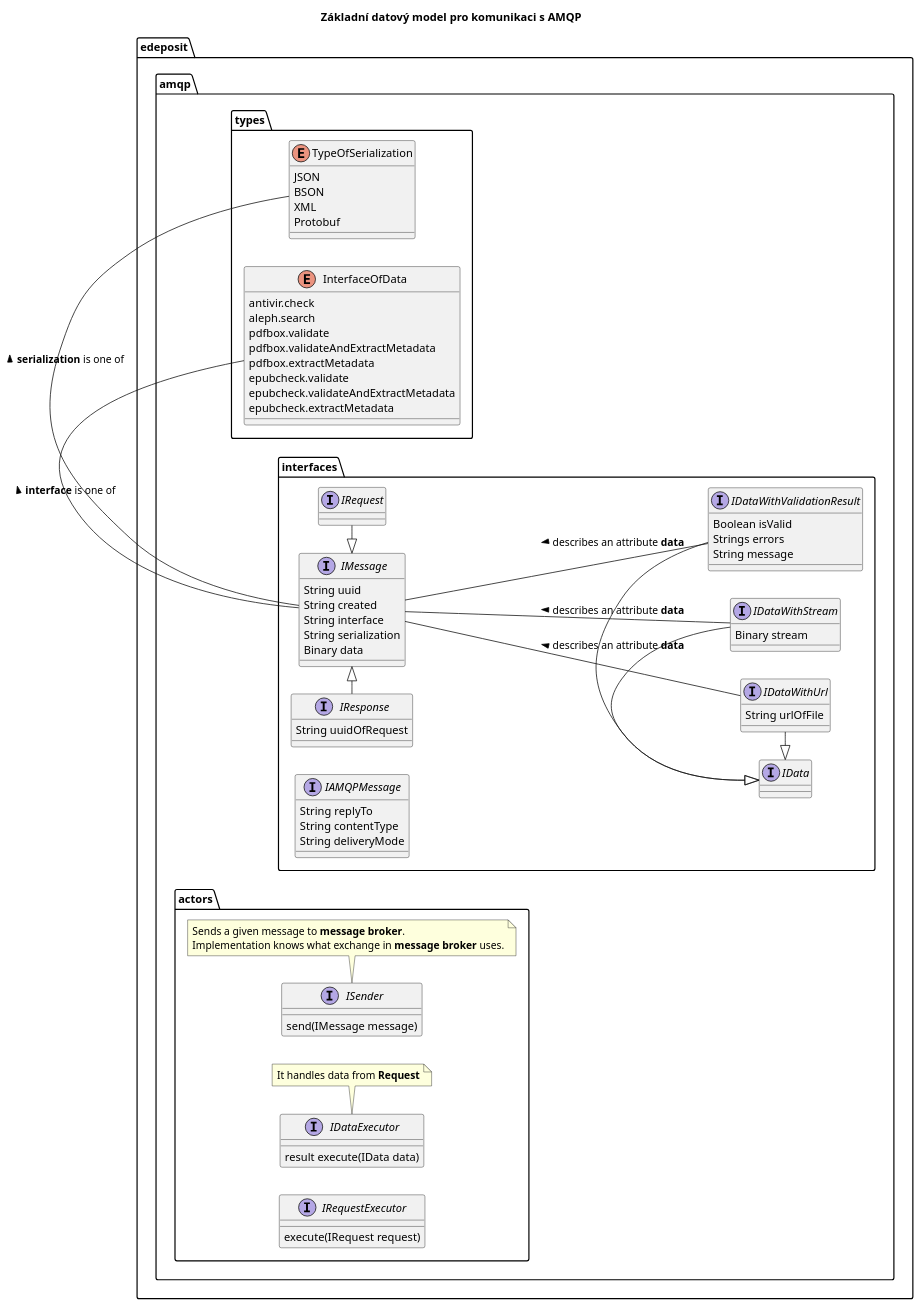
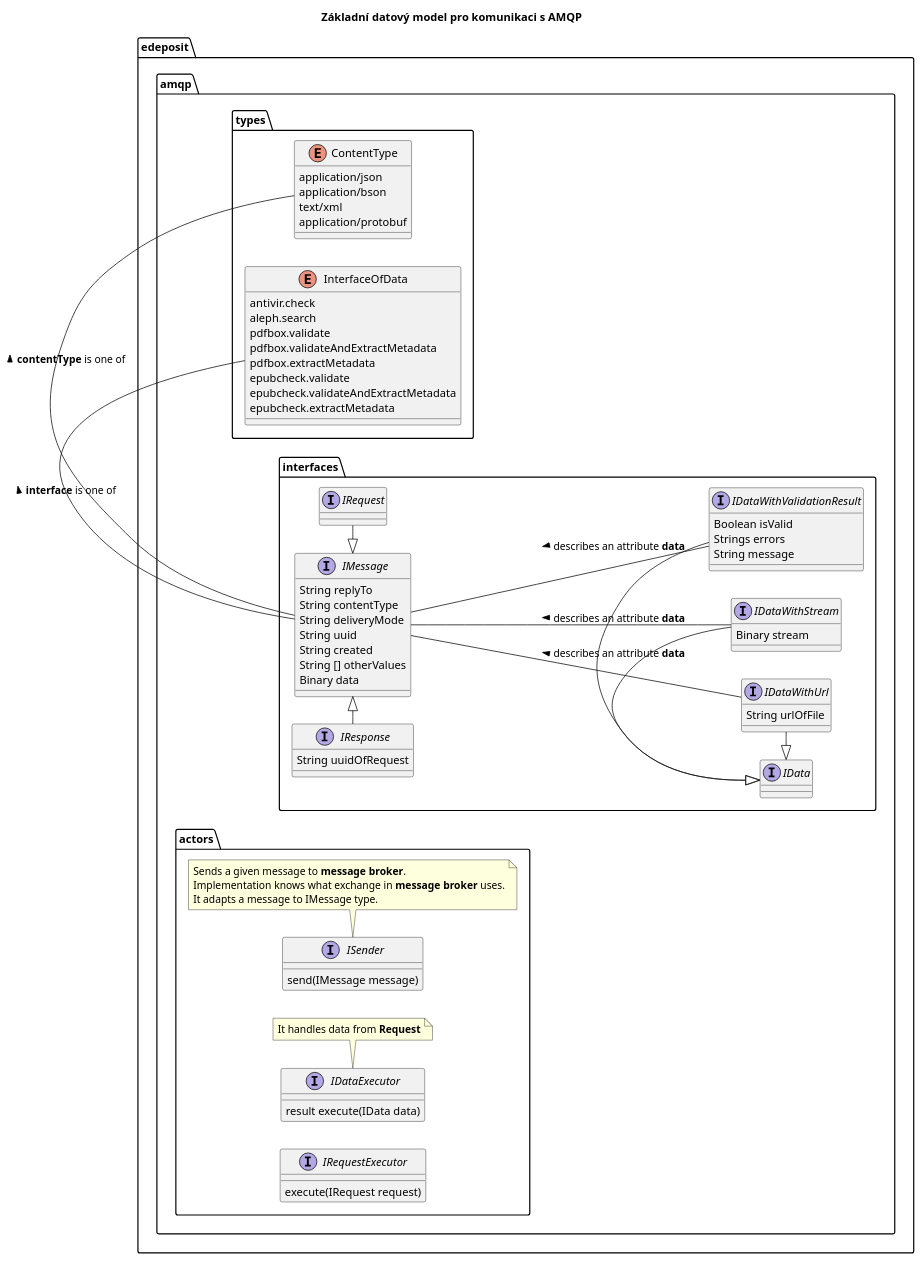
The diagram in docs/middleware/dm00.plantuml (edeposit/edeposit), drawn with PlantUML before and after one commit. The commit also changed 1 other file, not shown here.

Commit message:
updated IMessage interface regarding to AMQP message fields. jstavel/edeposit.amqp#1

```diff
--- a/docs/middleware/dm00.plantuml
+++ b/docs/middleware/dm00.plantuml
@@ -1,104 +1,101 @@
 @startuml
 skinparam componentStyle uml2
 left to right direction
 title Základní datový model pro komunikaci s AMQP
 
 package edeposit.amqp.types {
-enum TypeOfSerialization {
-     JSON
-     BSON
-     XML
-     Protobuf
+enum ContentType {
+     application/json
+     application/bson
+     text/xml
+     application/protobuf
 }
 
 enum InterfaceOfData {
      antivir.check
      aleph.search
      pdfbox.validate
      pdfbox.validateAndExtractMetadata
      pdfbox.extractMetadata
      epubcheck.validate
      epubcheck.validateAndExtractMetadata
      epubcheck.extractMetadata
 }
 }
 
 
 package edeposit.amqp.interfaces {
 
-interface IAMQPMessage {
-          String replyTo
-          String contentType
-          String deliveryMode
-}
-
 Interface IMessage {
+      String replyTo
+      String contentType
+      String deliveryMode
       String uuid
       String created
-      String interface
-      String serialization
+      String [] otherValues
       Binary data
 }
 
 interface IRequest {
 }
 
 interface IResponse {
       String uuidOfRequest
 }
 
 IMessage <|-right- IRequest
 IMessage <|-left- IResponse
         
         interface IData {
         }       
 
         interface IDataWithUrl {
               String urlOfFile
         }
 
         interface IDataWithStream {
               Binary stream
         }
 
         interface IDataWithValidationResult {
                   Boolean isValid
                   Strings errors
                   String message
         }
 
         IData <|-right- IDataWithUrl
         IData <|-right- IDataWithStream
         IData <|-right- IDataWithValidationResult
 }
 
 
 IMessage -- IDataWithUrl : < describes an attribute <b>data</b>
 IMessage -- IDataWithStream : < describes an attribute <b>data</b>
-IMessage -left- TypeOfSerialization : <b>serialization</b> is one of >
+IMessage -left- ContentType : <b>contentType</b> is one of >
 IMessage -left- InterfaceOfData : <b>interface</b> is one of >
 
 IMessage -- IDataWithValidationResult : < describes an attribute <b>data</b>
 
 package edeposit.amqp.actors {
         interface ISender {
                 send(IMessage message)                            
         }
         note bottom
         Sends a given message to <b>message broker</b>. 
         Implementation knows what exchange in <b>message broker</b> uses.
+        It adapts a message to IMessage type.
         end note
         
         interface IDataExecutor {
                   result execute(IData data)
         }
         note bottom
         It handles data from <b>Request</b>
         end note
 
         interface IRequestExecutor {
                   execute(IRequest request)                  
         }
 }
 
 @enduml
```
